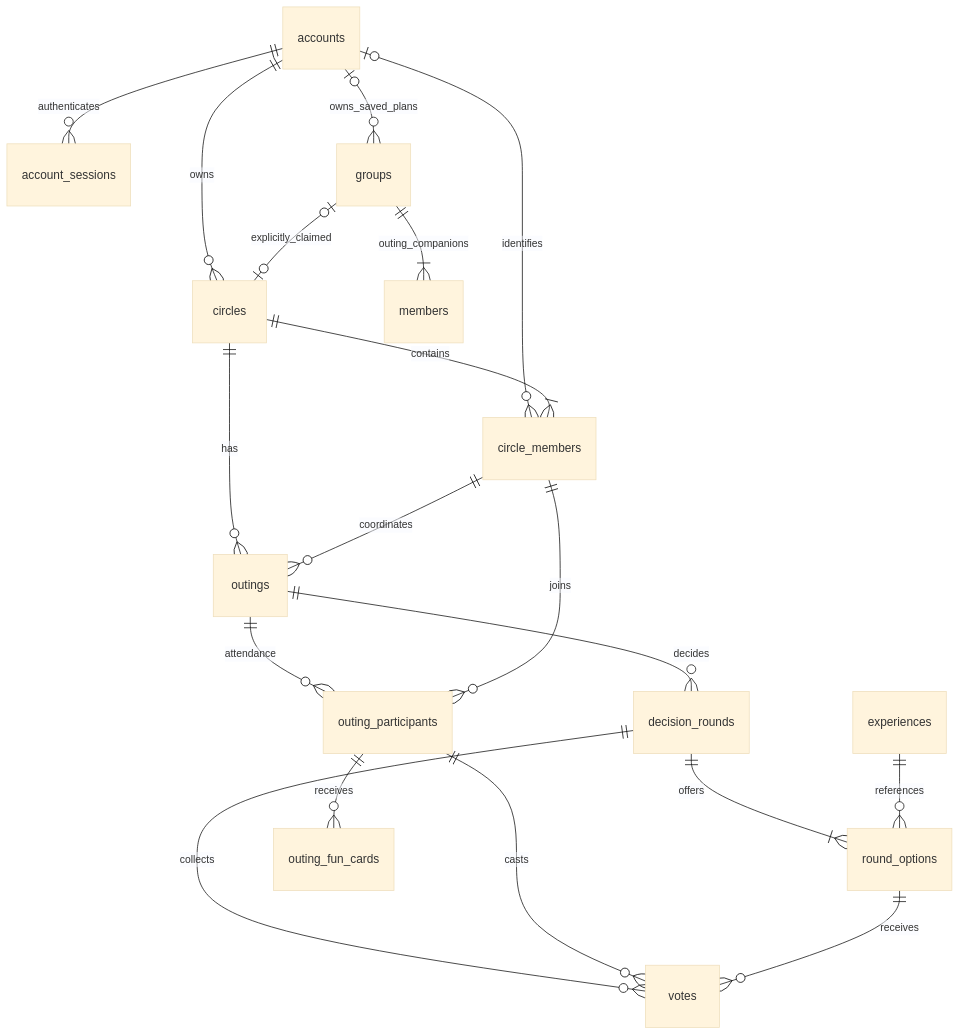
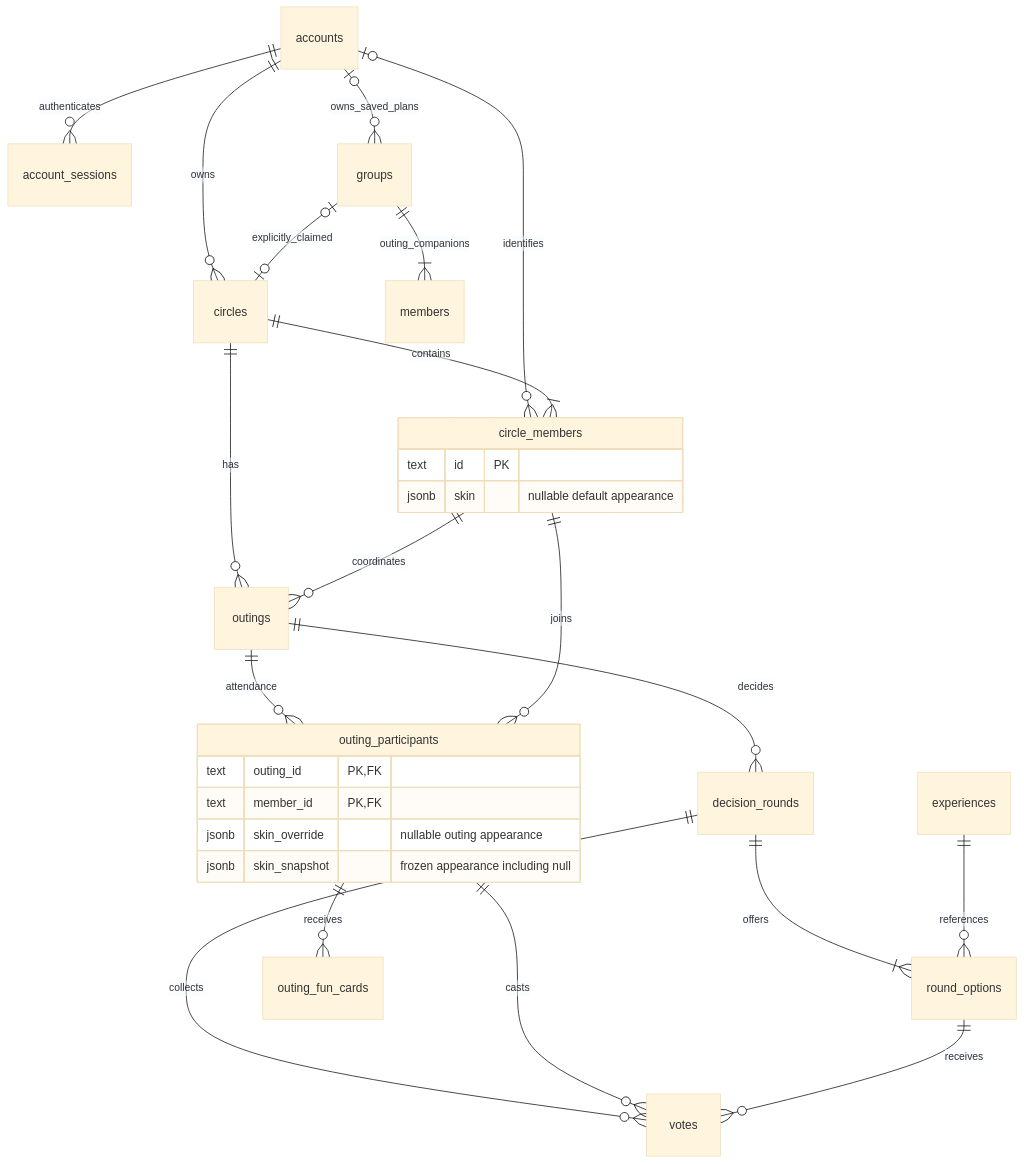
Before and after one commit to shathaaa1110-arch/hatim-app: the second of 5 diagrams in docs/architecture-python-postgres.ar.md, drawn with Mermaid (base theme). The commit also changed other lines of this file and 27 other files, not shown here.

````diff
--- a/docs/architecture-python-postgres.ar.md
+++ b/docs/architecture-python-postgres.ar.md
@@ -96,21 +97,31 @@
 ```mermaid
 erDiagram
+    circle_members {
+        text id PK
+        jsonb skin "nullable default appearance"
+    }
+    outing_participants {
+        text outing_id PK,FK
+        text member_id PK,FK
+        jsonb skin_override "nullable outing appearance"
+        jsonb skin_snapshot "frozen appearance including null"
+    }
     accounts ||--o{ account_sessions : authenticates
     accounts o|--o{ groups : owns_saved_plans
     accounts ||--o{ circles : owns
     accounts o|--o{ circle_members : identifies
     circles ||--|{ circle_members : contains
     circles ||--o{ outings : has
     circle_members ||--o{ outings : coordinates
     outings ||--o{ outing_participants : attendance
     circle_members ||--o{ outing_participants : joins
     outings ||--o{ decision_rounds : decides
     decision_rounds ||--|{ round_options : offers
     experiences ||--o{ round_options : references
     decision_rounds ||--o{ votes : collects
     outing_participants ||--o{ votes : casts
     round_options ||--o{ votes : receives
     outing_participants ||--o{ outing_fun_cards : receives
     groups o|--o| circles : explicitly_claimed
     groups ||--|{ members : outing_companions
 ```
````
